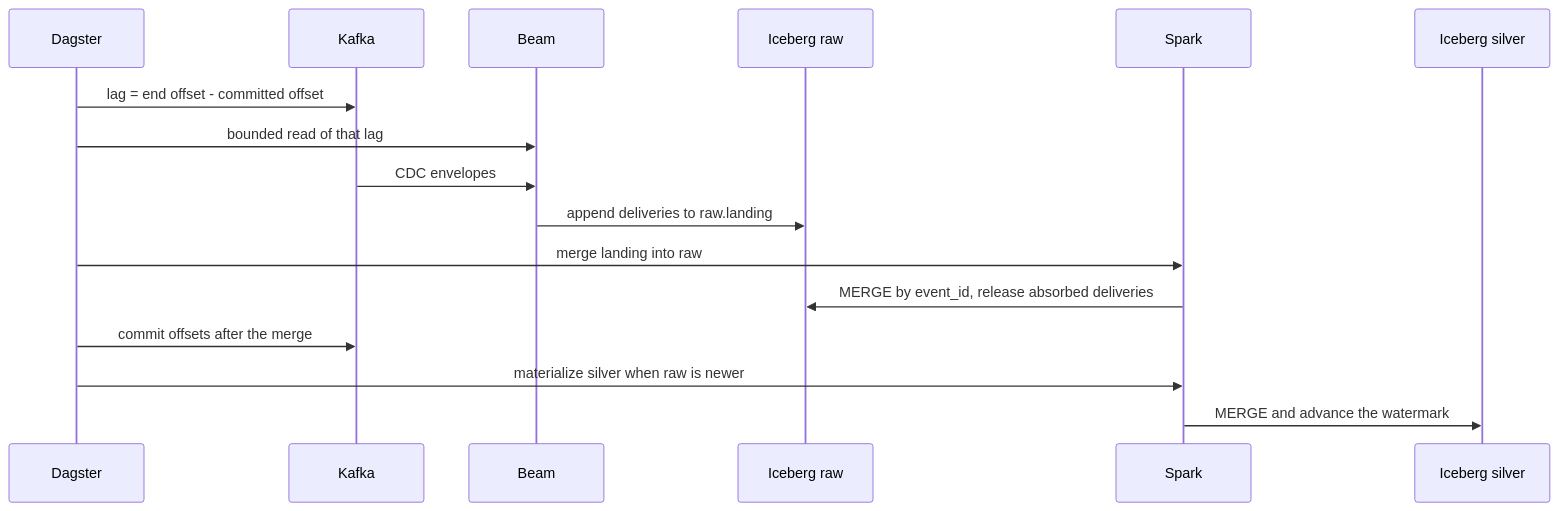
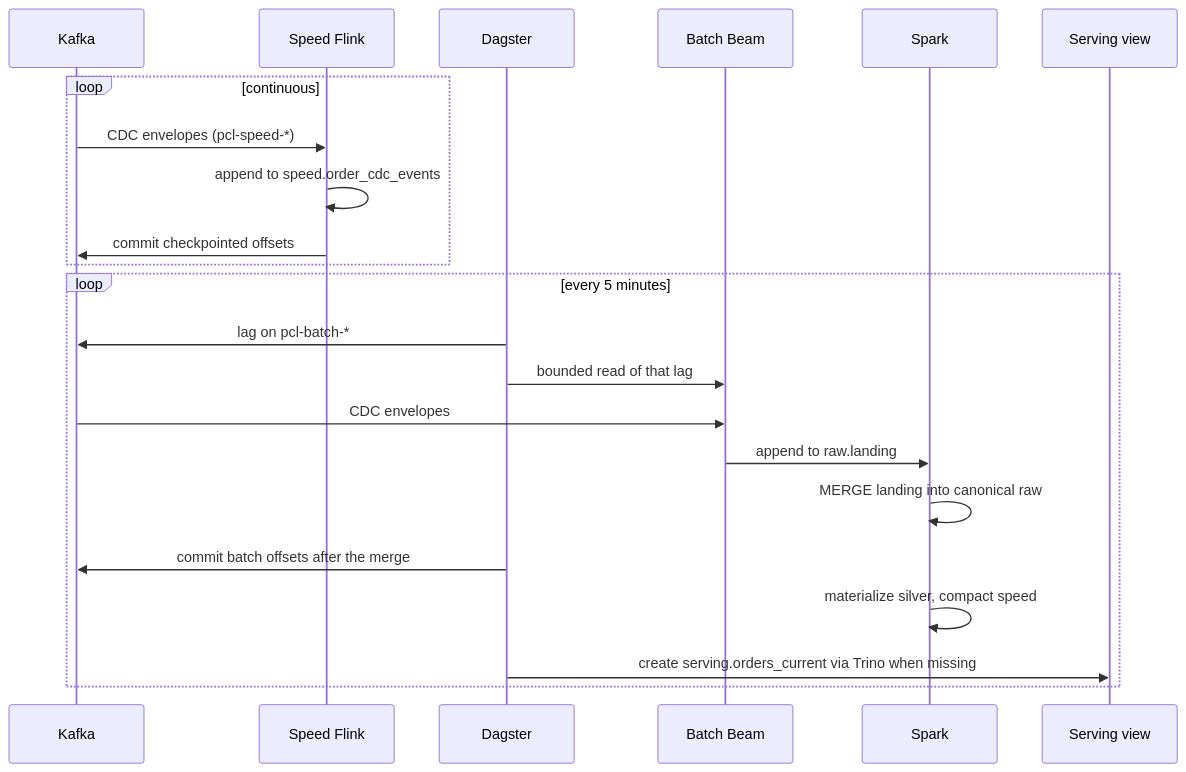
Before and after one commit to sergio11/portable_cdc_lakehouse_poc: the second of 2 diagrams in README.md, drawn with Mermaid. The commit also changed other lines of this file, not shown here.

Commit message:
docs(readme): document the lambda layers and the serving merge

````diff
--- a/README.md
+++ b/README.md
@@ -88,19 +119,26 @@
 ```mermaid
 sequenceDiagram
+    participant K as Kafka
+    participant S as Speed Flink
     participant G as Dagster
-    participant K as Kafka
-    participant B as Beam
-    participant R as Iceberg raw
+    participant B as Batch Beam
     participant X as Spark
-    participant S as Iceberg silver
+    participant V as Serving view
 
-    G->>K: lag = end offset - committed offset
-    G->>B: bounded read of that lag
-    K->>B: CDC envelopes
-    B->>R: append deliveries to raw.landing
-    G->>X: merge landing into raw
-    X->>R: MERGE by event_id, release absorbed deliveries
-    G->>K: commit offsets after the merge
-    G->>X: materialize silver when raw is newer
-    X->>S: MERGE and advance the watermark
+    loop continuous
+        K->>S: CDC envelopes (pcl-speed-*)
+        S->>S: append to speed.order_cdc_events
+        S->>K: commit checkpointed offsets
+    end
+
+    loop every 5 minutes
+        G->>K: lag on pcl-batch-*
+        G->>B: bounded read of that lag
+        K->>B: CDC envelopes
+        B->>X: append to raw.landing
+        X->>X: MERGE landing into canonical raw
+        G->>K: commit batch offsets after the merge
+        X->>X: materialize silver, compact speed
+        G->>V: create serving.orders_current via Trino when missing
+    end
 ```
````
